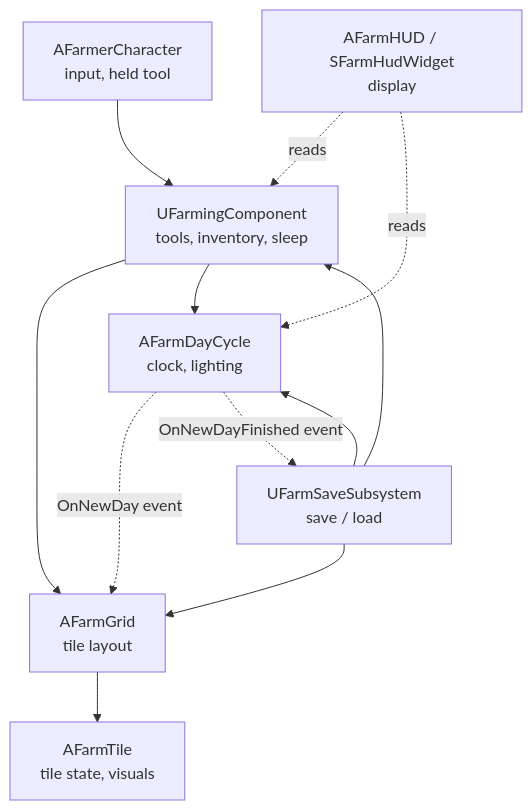
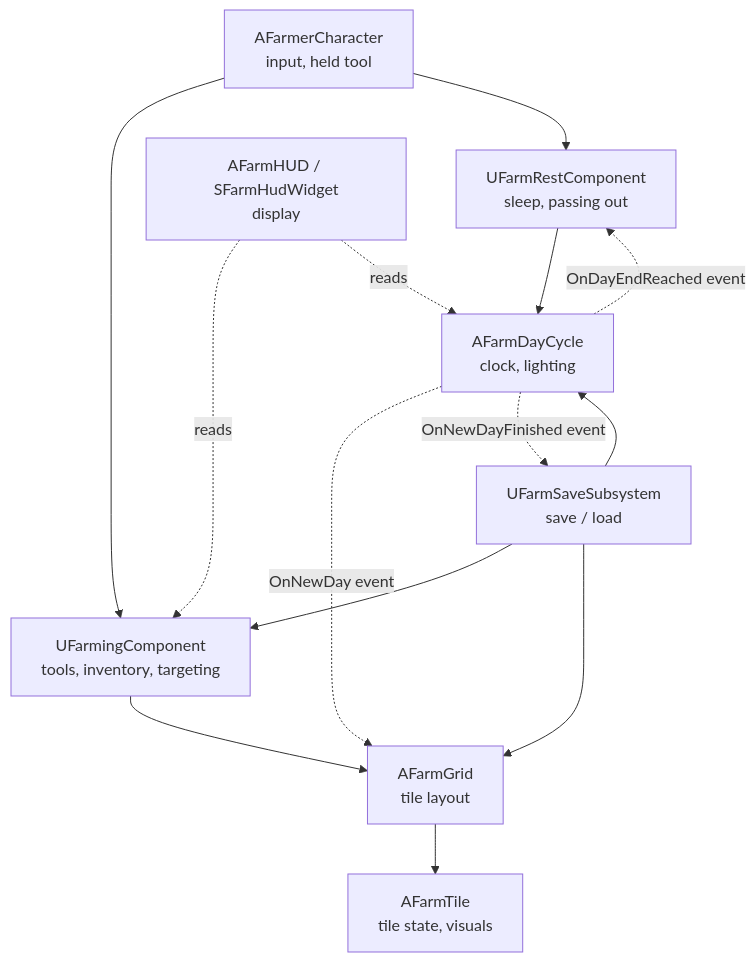
The first of 2 diagrams in Docs/Architecture.md (DunderGG/FarmSim), drawn with Mermaid before and after one commit. The commit also changed other lines of this file and 10 other files, not shown here.

First line of the commit message:
Move sleeping and passing out to a new UFarmRestComponent

````diff
--- a/Docs/Architecture.md
+++ b/Docs/Architecture.md
@@ -347,14 +348,16 @@
 ```mermaid
 flowchart TD
-    Input[AFarmerCharacter<br/>input, held tool] --> Farming[UFarmingComponent<br/>tools, inventory, sleep]
+    Input[AFarmerCharacter<br/>input, held tool] --> Farming[UFarmingComponent<br/>tools, inventory, targeting]
+    Input --> Rest[UFarmRestComponent<br/>sleep, passing out]
     HUD[AFarmHUD / SFarmHudWidget<br/>display] -.reads.-> Farming
     HUD -.reads.-> DayCycle
     Save[UFarmSaveSubsystem<br/>save / load] --> Farming
     Save --> Grid
     Save --> DayCycle
     Farming --> Grid[AFarmGrid<br/>tile layout]
-    Farming --> DayCycle[AFarmDayCycle<br/>clock, lighting]
+    Rest --> DayCycle[AFarmDayCycle<br/>clock, lighting]
+    DayCycle -. OnDayEndReached event .-> Rest
     Grid --> Tile[AFarmTile<br/>tile state, visuals]
     DayCycle -. OnNewDay event .-> Grid
     DayCycle -. OnNewDayFinished event .-> Save
 ```
````
